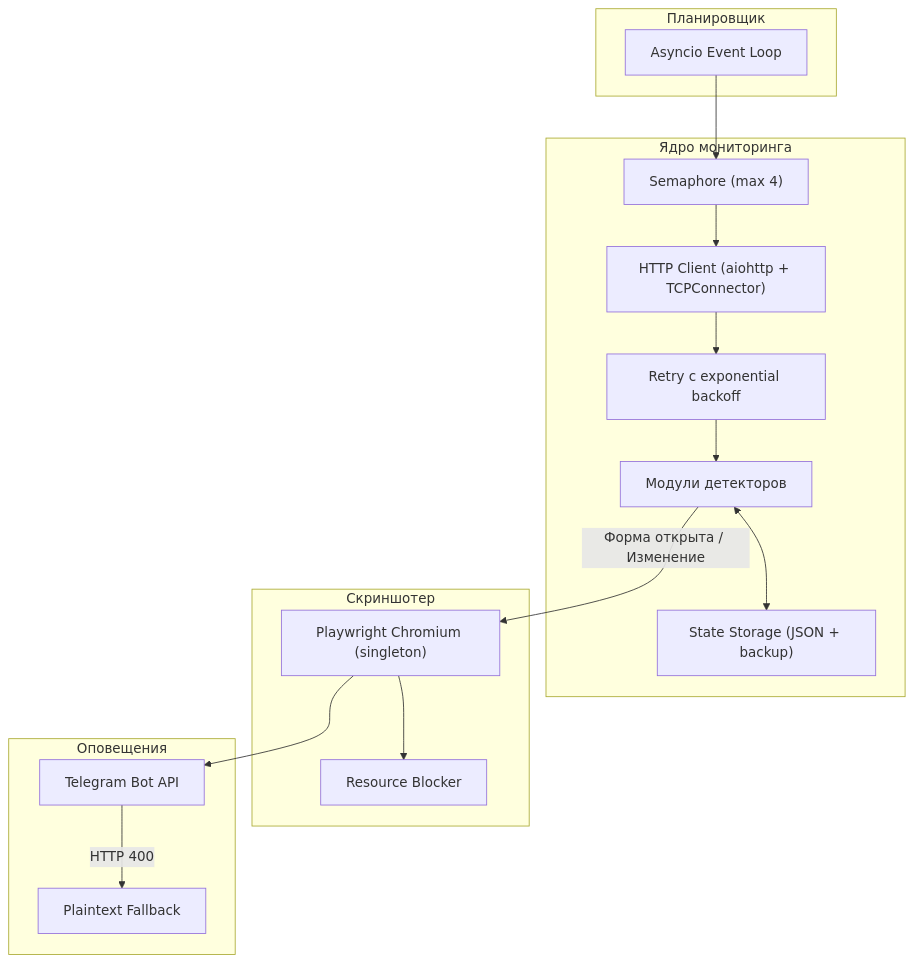
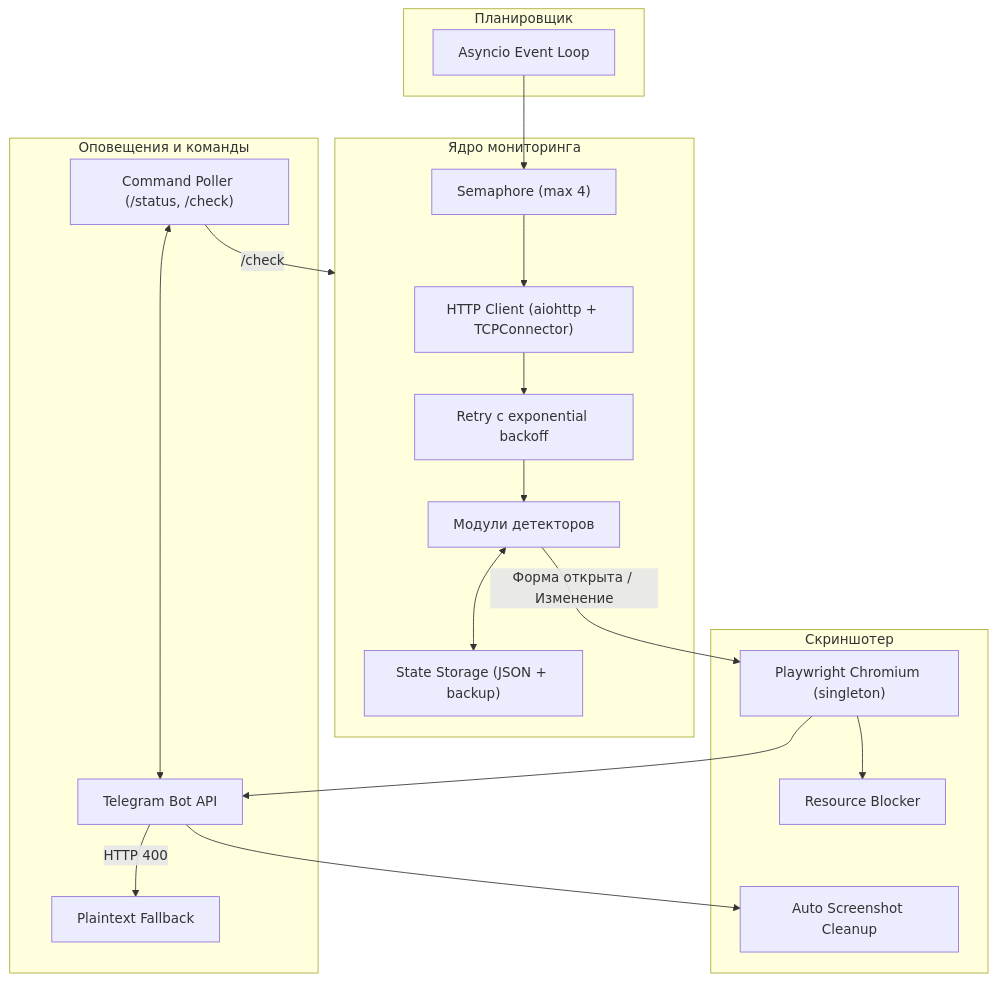
Before and after one commit to booowieee/england-bot-watcher: the diagram in docs/architecture.md, drawn with Mermaid. The commit also changed other lines of this file and 3 other files, not shown here.

Commit message:
feat: add interactive telegram commands and auto screenshot cleanup

````diff
--- a/docs/architecture.md
+++ b/docs/architecture.md
@@ -11,34 +11,39 @@
 ```mermaid
 graph TD
     subgraph Scheduler ["Планировщик"]
         Loop["Asyncio Event Loop"]
     end
 
     subgraph Engine ["Ядро мониторинга"]
         HTTP["HTTP Client (aiohttp + TCPConnector)"]
         Retry["Retry с exponential backoff"]
         Semaphore["Semaphore (max 4)"]
         Detectors["Модули детекторов"]
         State["State Storage (JSON + backup)"]
     end
 
     subgraph Verification ["Скриншотер"]
         Browser["Playwright Chromium (singleton)"]
         RouteBlock["Resource Blocker"]
+        DiskCleaner["Auto Screenshot Cleanup"]
     end
 
-    subgraph Notifications ["Оповещения"]
+    subgraph Notifications ["Оповещения и команды"]
         Telegram["Telegram Bot API"]
+        Poller["Command Poller (/status, /check)"]
         Fallback["Plaintext Fallback"]
     end
 
     Loop --> Semaphore
     Semaphore --> HTTP
     HTTP --> Retry
     Retry --> Detectors
     Detectors <--> State
     Detectors -->|Форма открыта / Изменение| Browser
     Browser --> RouteBlock
     Browser --> Telegram
+    Telegram --> DiskCleaner
     Telegram -->|HTTP 400| Fallback
+    Poller <--> Telegram
+    Poller -->|/check| Engine
 ```
````
